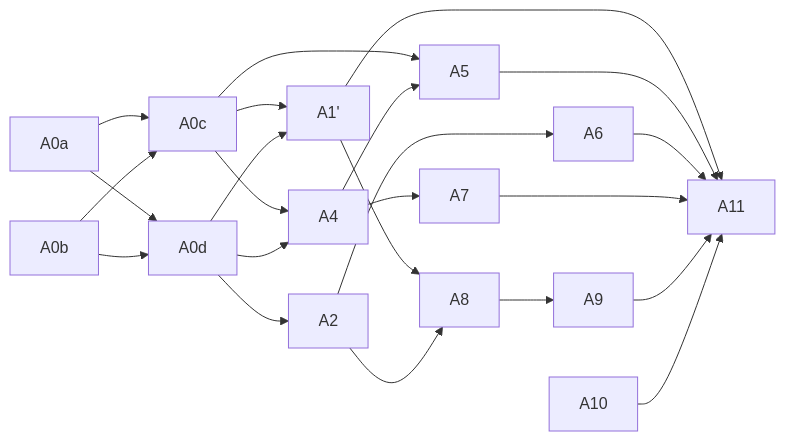
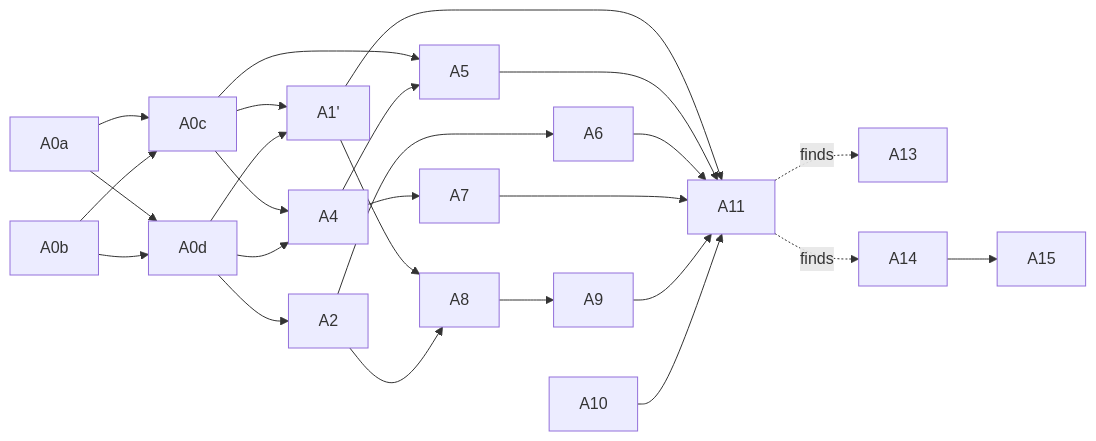
One commit to Rainnystone/larkent changed the diagram in docs/specs/automations/tickets/README.md. Above: the diagram before and after it, drawn with Mermaid. The commit also changed other lines of this file and 4 other files, not shown here.

````diff
--- a/docs/specs/automations/tickets/README.md
+++ b/docs/specs/automations/tickets/README.md
@@ -38,21 +42,24 @@
 ```mermaid
 graph LR
   A0a --> A0c
   A0b --> A0c
   A0a --> A0d
   A0b --> A0d
   A0c --> A1p["A1'"]
   A0d --> A1p
   A0d --> A2
   A0c --> A4
   A0d --> A4
   A0c --> A5
   A4 --> A5
   A2 --> A6
   A4 --> A7
   A1p --> A8
   A2 --> A8
   A8 --> A9
   A10
   A1p & A5 & A6 & A7 & A9 & A10 --> A11
+  A11 -.finds.-> A13
+  A11 -.finds.-> A14
+  A14 --> A15
 ```
````
